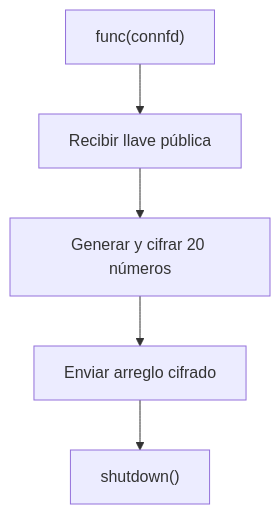
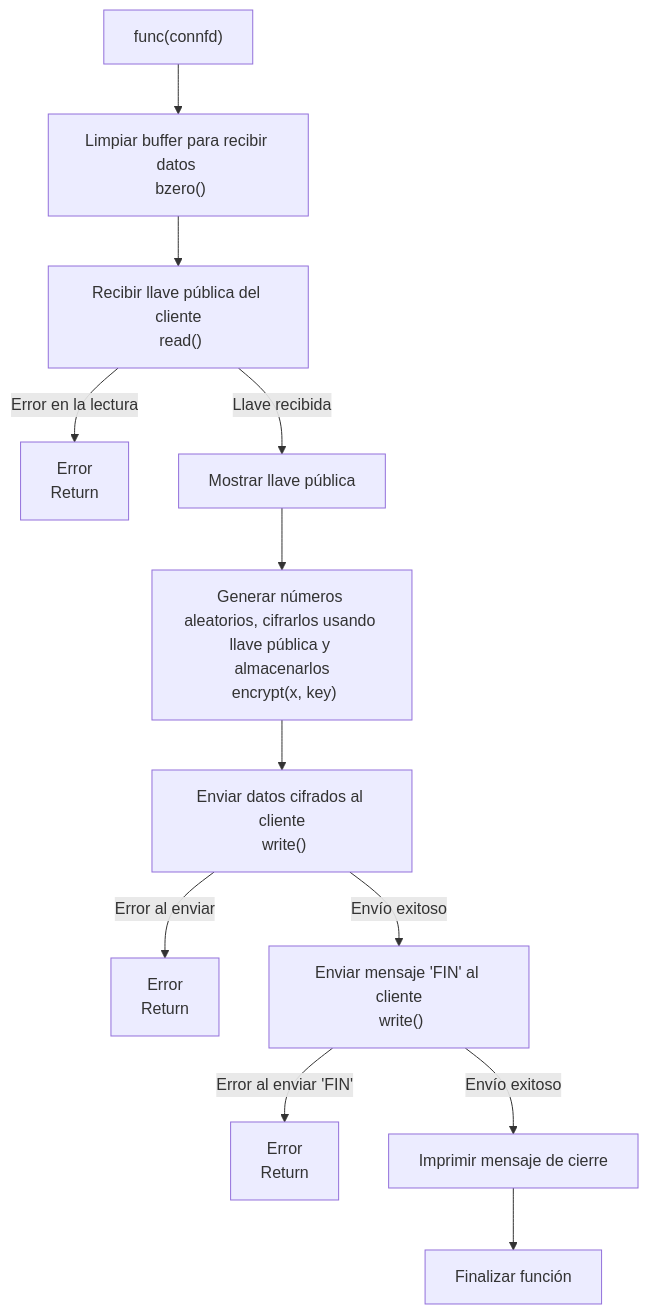
The second of 4 diagrams in README.md (ascatena/Tcp-Client-Server-Network-Design), drawn with Mermaid before and after one commit. The commit also changed other lines of this file, not shown here.

````diff
--- a/README.md
+++ b/README.md
@@ -201,8 +587,17 @@
-```mermaid
+``` mermaid
 graph TD
     A["func(connfd)"]
-    A --> B["Recibir llave pública"]
-    B --> C["Generar y cifrar 20 números"]
-    C --> D["Enviar arreglo cifrado"]
-    D --> E["shutdown()"]
+    A --> B["Limpiar buffer para recibir datos \n bzero()"]
+    B --> C["Recibir llave pública del cliente\n read()"]
+    C -->|Error en la lectura| D["Error\n Return"]
+    C -->|Llave recibida| E["Mostrar llave pública"]
+
+    E --> F["Generar números aleatorios, cifrarlos usando llave pública y almacenarlos\n encrypt(x, key)"]
+    F --> I["Enviar datos cifrados al cliente\n write()"]
+    I -->|Error al enviar| J["Error\n Return"]
+    I -->|Envío exitoso| K["Enviar mensaje 'FIN' al cliente\n write()"]
+    
+    K -->|Error al enviar 'FIN'| L["Error\n Return"]
+    K -->|Envío exitoso| M["Imprimir mensaje de cierre"]
+    M --> O["Finalizar función"]
 ```
````
